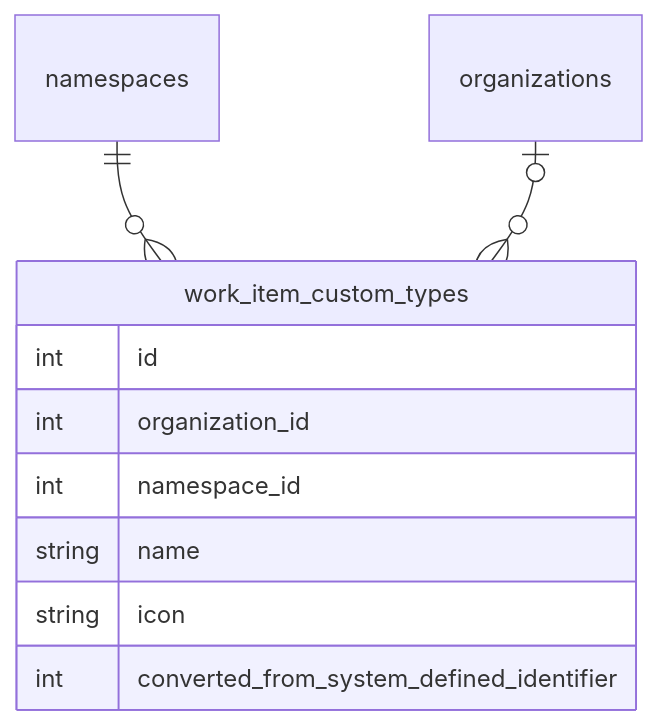
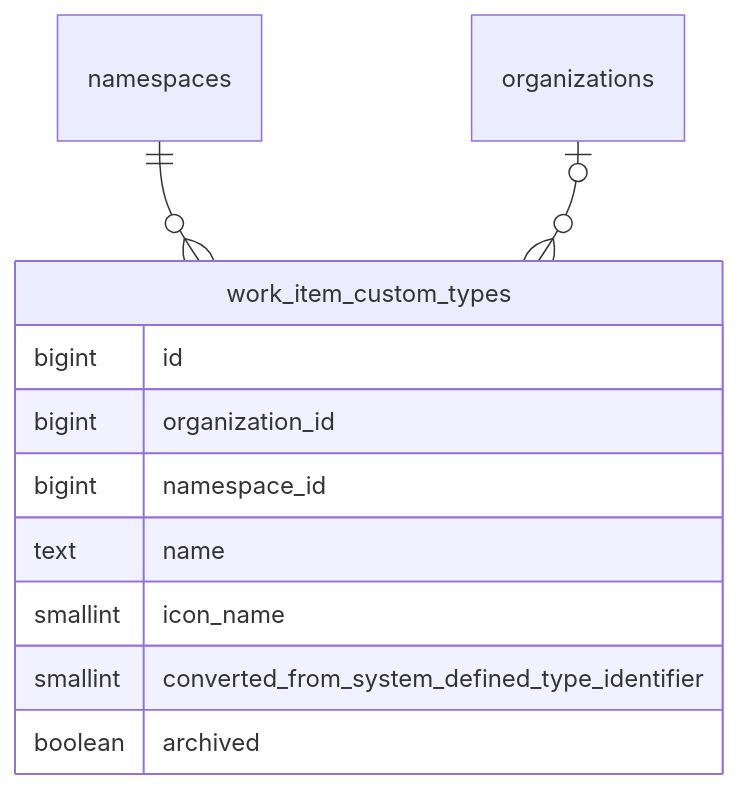
One commit to kyama0/gitlab-handbook-ja changed the diagram in content/handbook/engineering/architecture/design-documents/configurable_work_item_types/_index.md. Above: the diagram before and after it, drawn with Mermaid. The commit also changed other lines of this file and 67 other files, not shown here.

````diff
--- a/content/handbook/engineering/architecture/design-documents/configurable_work_item_types/_index.md
+++ b/content/handbook/engineering/architecture/design-documents/configurable_work_item_types/_index.md
@@ -40,14 +75,15 @@
 ```mermaid
 erDiagram
     namespaces ||--o{ work_item_custom_types : ""
     organizations o|--o{ work_item_custom_types : ""
 
     work_item_custom_types {
-      int id
-      int organization_id
-      int namespace_id
-      string name
-      string icon
-      int converted_from_system_defined_identifier
+      bigint id
+      bigint organization_id
+      bigint namespace_id
+      text name
+      smallint icon_name
+      smallint converted_from_system_defined_type_identifier
+      boolean archived
     }
 ```
````
